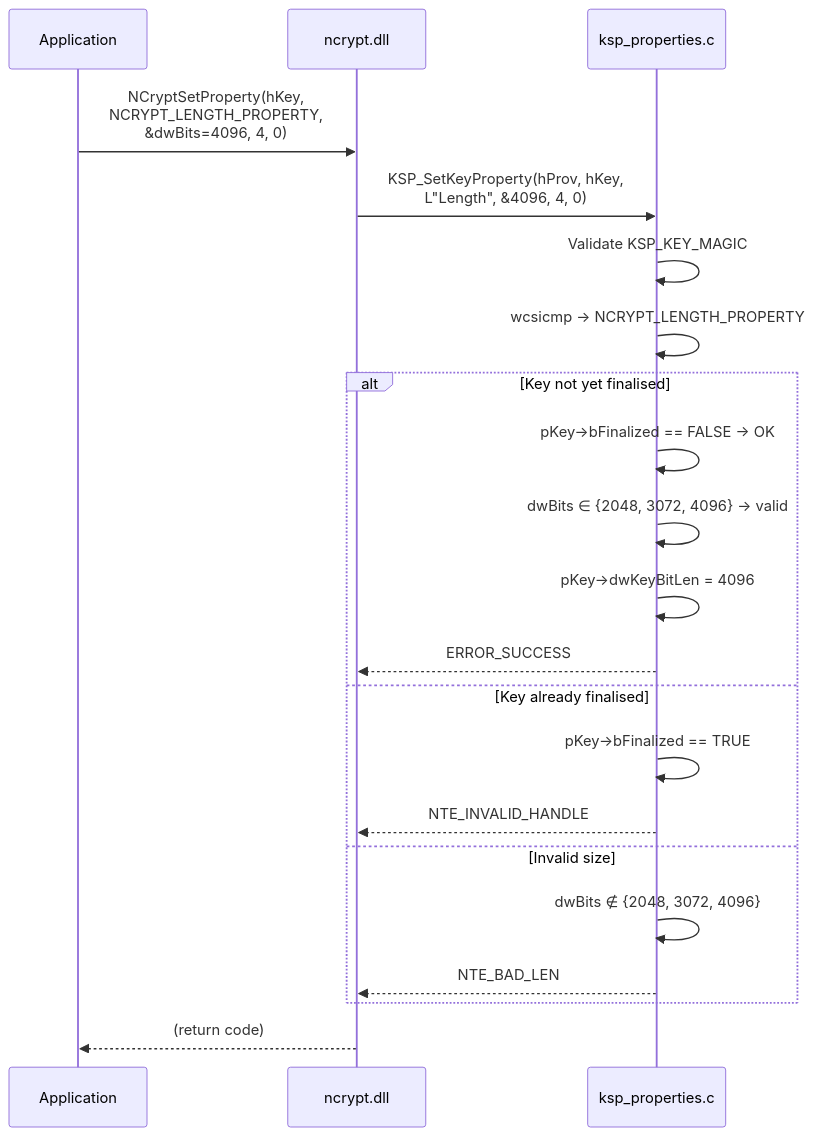
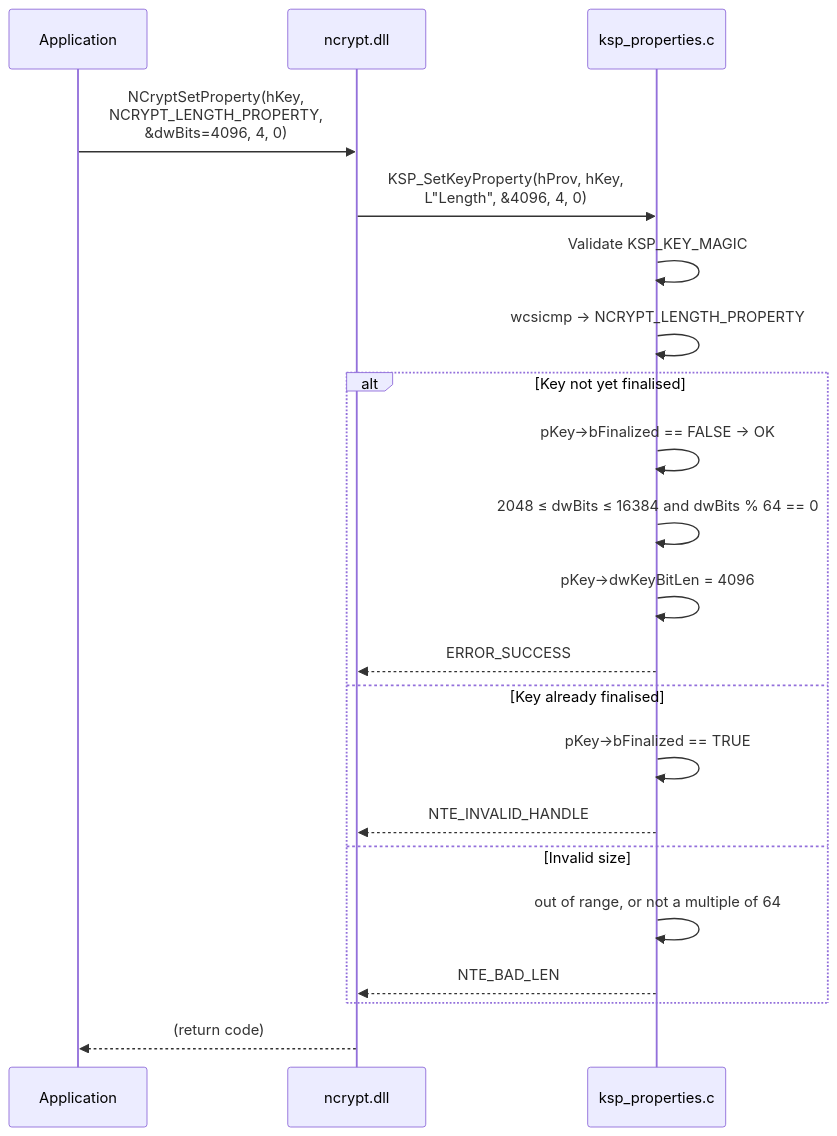
Before and after one commit to Gaillotte/Noida: the second of 2 diagrams in softhsm_ksp/docs/05-properties.md, drawn with Mermaid. The commit also changed other lines of this file and 24 other files, not shown here.

````diff
--- a/softhsm_ksp/docs/05-properties.md
+++ b/softhsm_ksp/docs/05-properties.md
@@ -141,27 +167,27 @@
 ```mermaid
 sequenceDiagram
     participant App as Application
     participant NCrypt as ncrypt.dll
     participant KSP as ksp_properties.c
 
     App->>NCrypt: NCryptSetProperty(hKey,<br/>NCRYPT_LENGTH_PROPERTY,<br/>&dwBits=4096, 4, 0)
     NCrypt->>KSP: KSP_SetKeyProperty(hProv, hKey,<br/>L"Length", &4096, 4, 0)
 
     KSP->>KSP: Validate KSP_KEY_MAGIC
     KSP->>KSP: wcsicmp → NCRYPT_LENGTH_PROPERTY
 
     alt Key not yet finalised
         KSP->>KSP: pKey->bFinalized == FALSE → OK
-        KSP->>KSP: dwBits ∈ {2048, 3072, 4096} → valid
+        KSP->>KSP: 2048 ≤ dwBits ≤ 16384 and dwBits % 64 == 0
         KSP->>KSP: pKey->dwKeyBitLen = 4096
         KSP-->>NCrypt: ERROR_SUCCESS
     else Key already finalised
         KSP->>KSP: pKey->bFinalized == TRUE
         KSP-->>NCrypt: NTE_INVALID_HANDLE
     else Invalid size
-        KSP->>KSP: dwBits ∉ {2048, 3072, 4096}
+        KSP->>KSP: out of range, or not a multiple of 64
         KSP-->>NCrypt: NTE_BAD_LEN
     end
 
     NCrypt-->>App: (return code)
 ```
````
